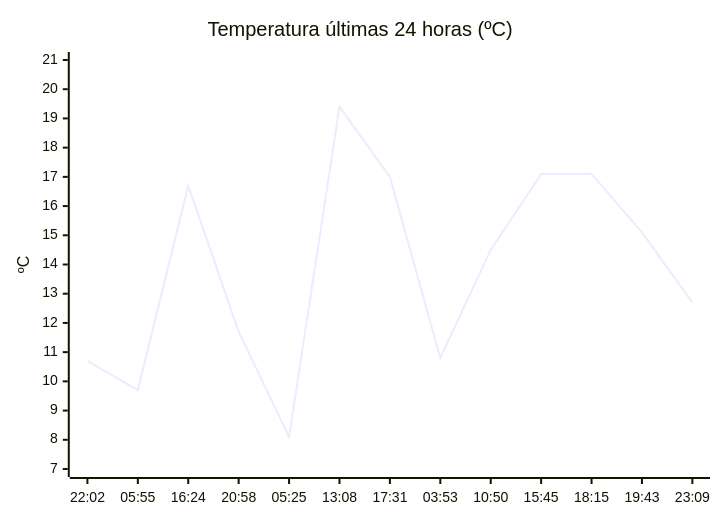
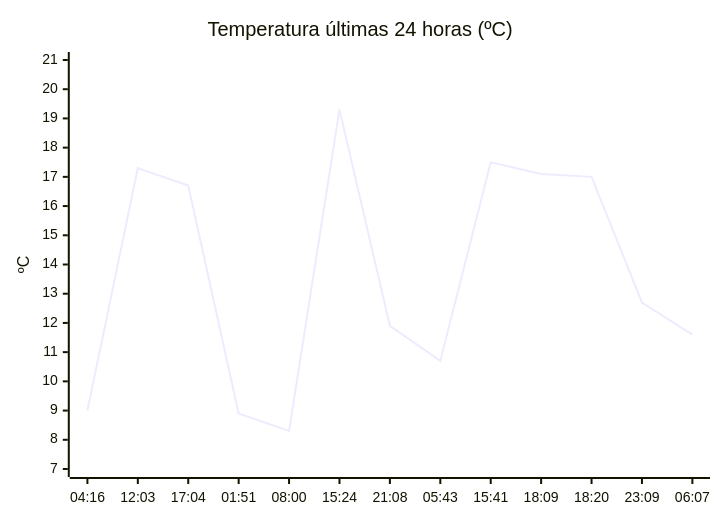
Before and after one commit to solidsnk86/rem-scrap: the diagram in README.md, drawn with Mermaid. The commit also changed other lines of this file, not shown here.

````diff
--- a/README.md
+++ b/README.md
@@ -32,7 +32,7 @@
 ```mermaid
 xychart-beta
     title "Temperatura últimas 24 horas (ºC)"
-    x-axis ["22:02", "05:55", "16:24", "20:58", "05:25", "13:08", "17:31", "03:53", "10:50", "15:45", "18:15", "19:43", "23:09"]
+    x-axis ["04:16", "12:03", "17:04", "01:51", "08:00", "15:24", "21:08", "05:43", "15:41", "18:09", "18:20", "23:09", "06:07"]
     y-axis "ºC" 7 --> 21
-    line [10.7, 9.7, 16.7, 11.7, 8.1, 19.4, 17, 10.8, 14.5, 17.1, 17.1, 15.1, 12.7]
+    line [9, 17.3, 16.7, 8.9, 8.3, 19.3, 11.9, 10.7, 17.5, 17.1, 17, 12.7, 11.6]
 ```
````
